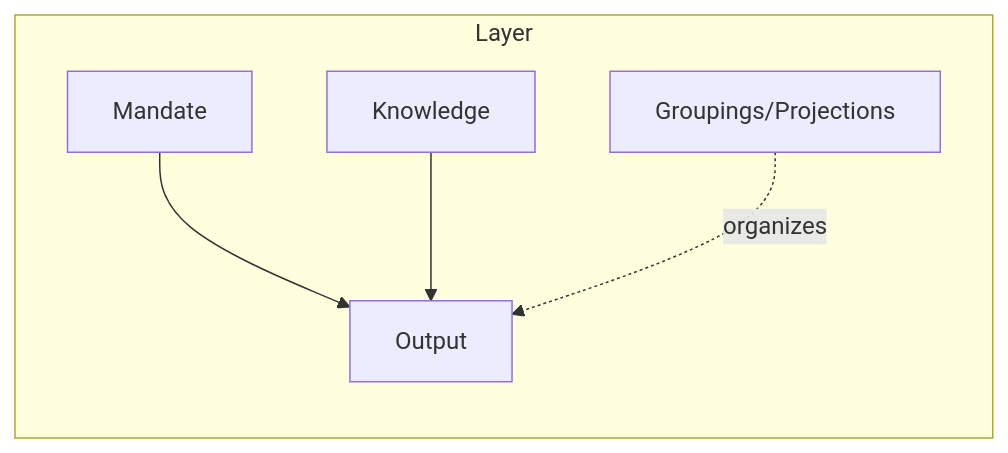
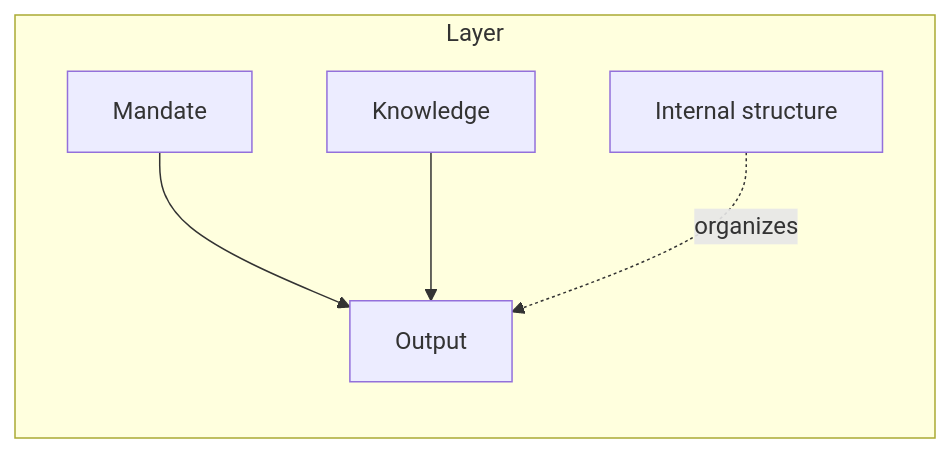
One commit to zzyy-gh/alibrary changed the first of 7 diagrams in inbox/layered-endeavor-framework.md. Above: the diagram before and after it, drawn with Mermaid. The commit also changed other lines of this file, not shown here.

````diff
--- a/inbox/layered-endeavor-framework.md
+++ b/inbox/layered-endeavor-framework.md
@@ -45,12 +49,12 @@
 ```mermaid
 graph LR
     subgraph Layer
         M[Mandate]
         K[Knowledge]
         O[Output]
-        G[Groupings/Projections]
+        G[Internal structure]
     end
     M --> O
     K --> O
     G -.organizes.-> O
 ```
````
